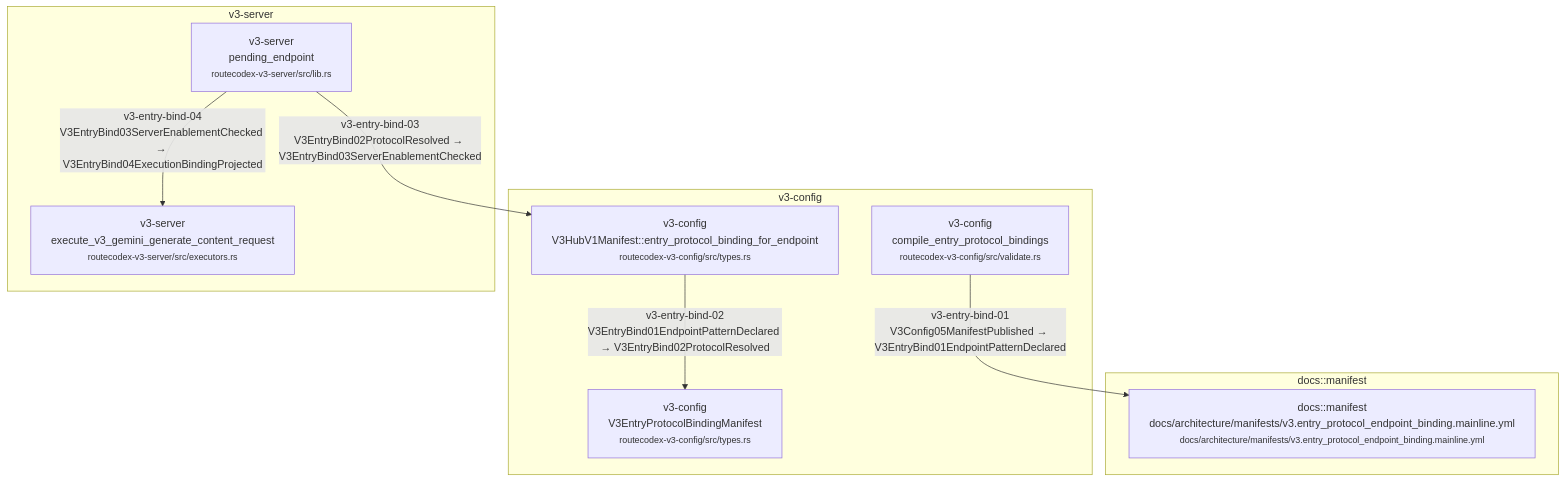
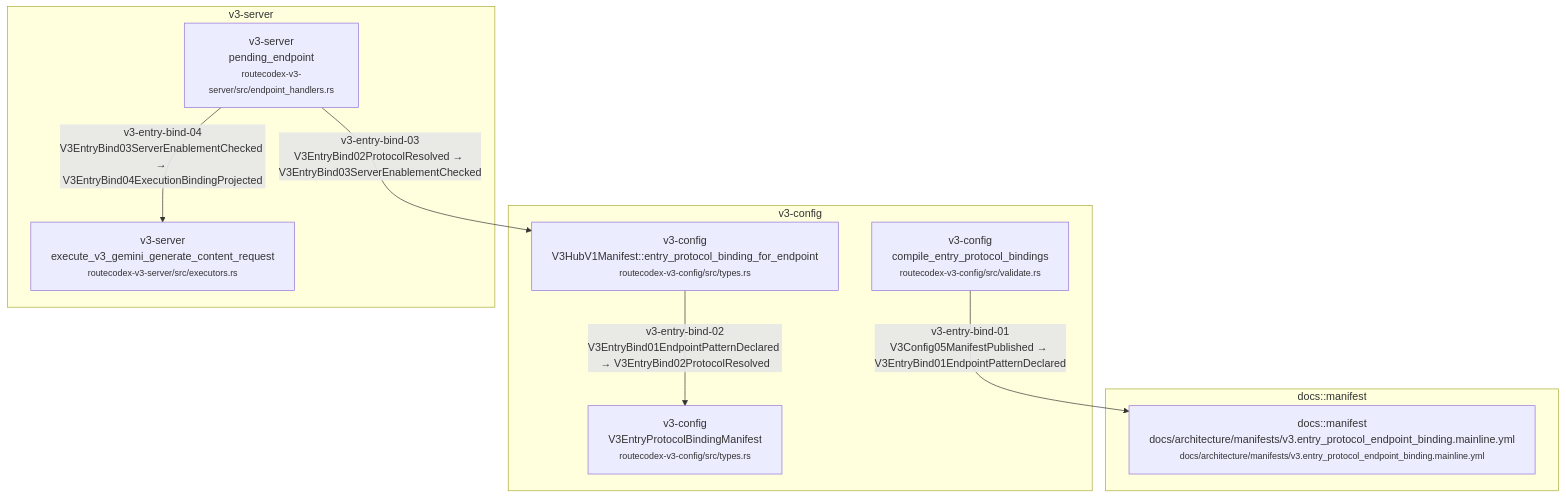
The ninth of 58 diagrams in docs/architecture/wiki/v3-mainline-caller-flow.md (Jasonzhangf/routecodex), drawn with Mermaid before and after one commit. The commit also changed other lines of this file and 22 other files, not shown here.

````diff
--- a/docs/architecture/wiki/v3-mainline-caller-flow.md
+++ b/docs/architecture/wiki/v3-mainline-caller-flow.md
@@ -364,19 +364,19 @@
 ```mermaid
 flowchart TD
   subgraph c_7_v3_entry_protocol_endpoint_binding_mainline_m_docs__manifest["docs::manifest"]
     c_7_v3_entry_protocol_endpoint_binding_mainline_1["docs::manifest<br/>docs/architecture/manifests/v3.entry_protocol_endpoint_binding.mainline.yml<br/><small>docs/architecture/manifests/v3.entry_protocol_endpoint_binding.mainline.yml</small>"]
   end
   subgraph c_7_v3_entry_protocol_endpoint_binding_mainline_m_v3_config["v3-config"]
     c_7_v3_entry_protocol_endpoint_binding_mainline_0["v3-config<br/>compile_entry_protocol_bindings<br/><small>routecodex-v3-config/src/validate.rs</small>"]
     c_7_v3_entry_protocol_endpoint_binding_mainline_2["v3-config<br/>V3HubV1Manifest::entry_protocol_binding_for_endpoint<br/><small>routecodex-v3-config/src/types.rs</small>"]
     c_7_v3_entry_protocol_endpoint_binding_mainline_3["v3-config<br/>V3EntryProtocolBindingManifest<br/><small>routecodex-v3-config/src/types.rs</small>"]
   end
   subgraph c_7_v3_entry_protocol_endpoint_binding_mainline_m_v3_server["v3-server"]
-    c_7_v3_entry_protocol_endpoint_binding_mainline_4["v3-server<br/>pending_endpoint<br/><small>routecodex-v3-server/src/lib.rs</small>"]
+    c_7_v3_entry_protocol_endpoint_binding_mainline_4["v3-server<br/>pending_endpoint<br/><small>routecodex-v3-server/src/endpoint_handlers.rs</small>"]
     c_7_v3_entry_protocol_endpoint_binding_mainline_5["v3-server<br/>execute_v3_gemini_generate_content_request<br/><small>routecodex-v3-server/src/executors.rs</small>"]
   end
   c_7_v3_entry_protocol_endpoint_binding_mainline_0 -->|v3-entry-bind-01<br/>V3Config05ManifestPublished → V3EntryBind01EndpointPatternDeclared| c_7_v3_entry_protocol_endpoint_binding_mainline_1
   c_7_v3_entry_protocol_endpoint_binding_mainline_2 -->|v3-entry-bind-02<br/>V3EntryBind01EndpointPatternDeclared → V3EntryBind02ProtocolResolved| c_7_v3_entry_protocol_endpoint_binding_mainline_3
   c_7_v3_entry_protocol_endpoint_binding_mainline_4 -->|v3-entry-bind-03<br/>V3EntryBind02ProtocolResolved → V3EntryBind03ServerEnablementChecked| c_7_v3_entry_protocol_endpoint_binding_mainline_2
   c_7_v3_entry_protocol_endpoint_binding_mainline_4 -->|v3-entry-bind-04<br/>V3EntryBind03ServerEnablementChecked → V3EntryBind04ExecutionBindingProjected| c_7_v3_entry_protocol_endpoint_binding_mainline_5
 ```
````
